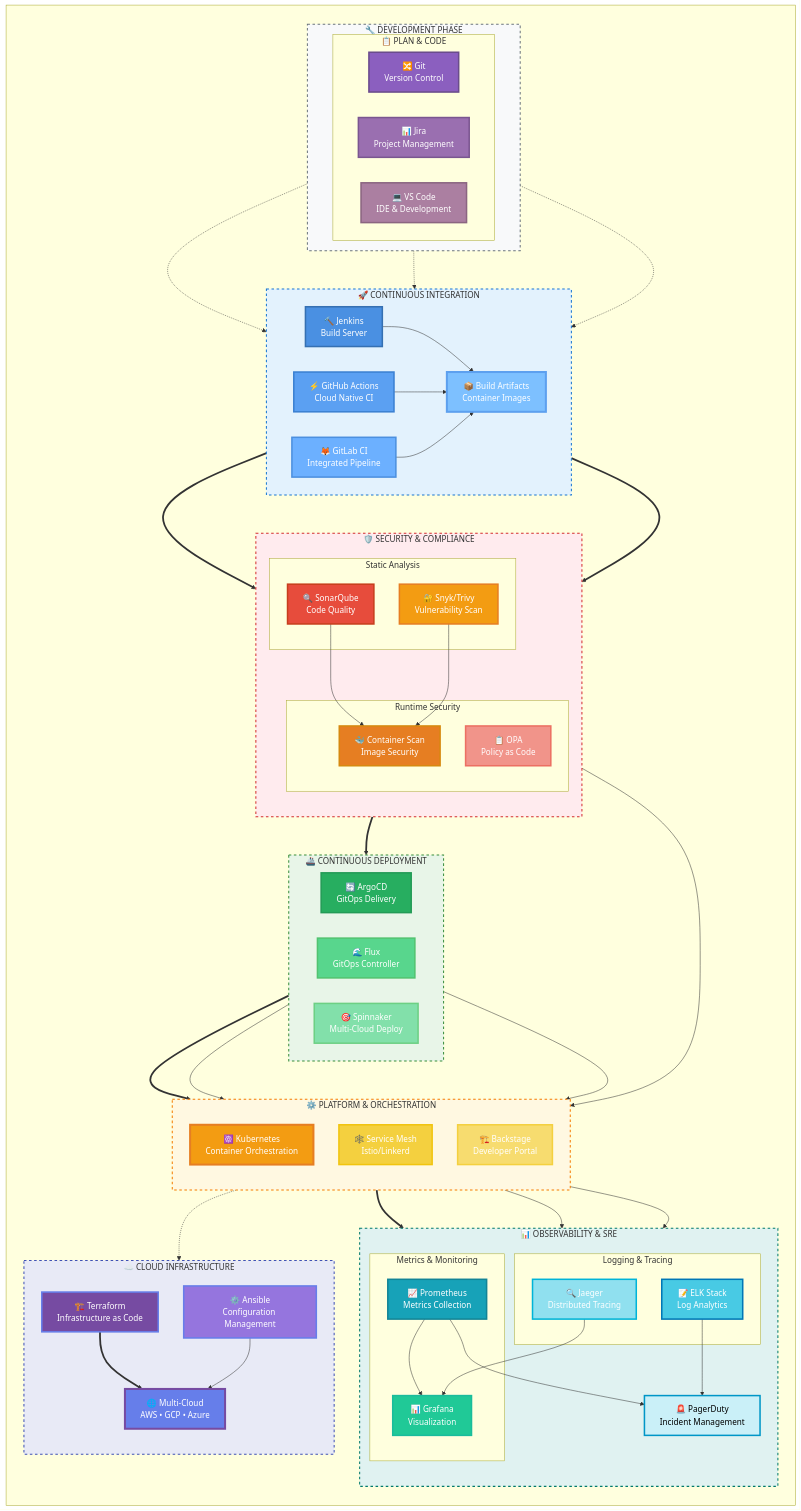
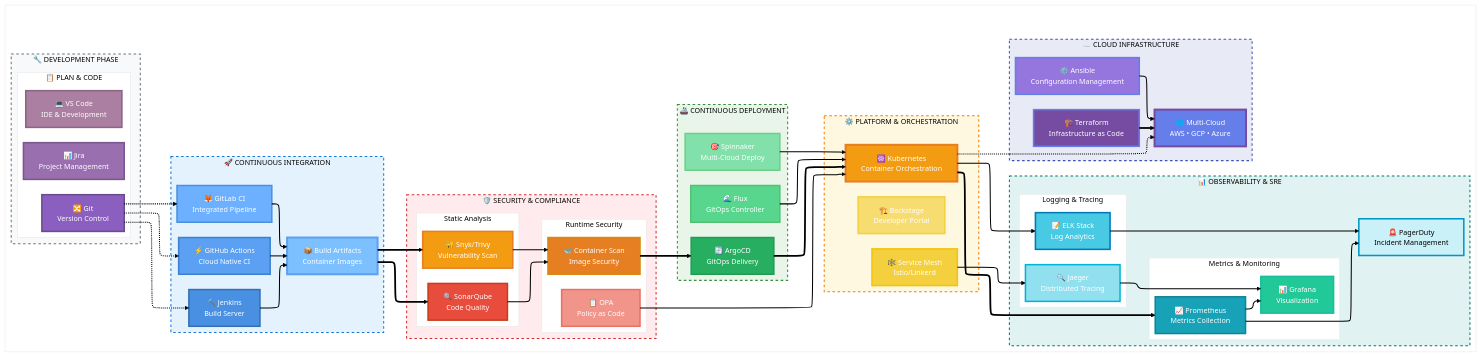
The diagram in README.md (Krishna4K2/Krishna4K2), drawn with Mermaid before and after one commit.

````diff
--- a/README.md
+++ b/README.md
@@ -81,147 +81,127 @@
 ```mermaid
-graph LR
-    subgraph main[" "]
-        direction TB
-        
-        subgraph dev["🔧 DEVELOPMENT PHASE"]
-            direction LR
-            subgraph plan["📋 PLAN & CODE"]
-                A1["🔀 Git<br/>Version Control"]
-                A2["📊 Jira<br/>Project Management"]
-                A3["💻 VS Code<br/>IDE & Development"]
-            end
-        end
-        
-        subgraph ci["🚀 CONTINUOUS INTEGRATION"]
-            direction LR
-            B1["🔨 Jenkins<br/>Build Server"]
-            B2["⚡ GitHub Actions<br/>Cloud Native CI"]
-            B3["🦊 GitLab CI<br/>Integrated Pipeline"]
-            B4["📦 Build Artifacts<br/>Container Images"]
-        end
-        
-        subgraph security["🛡️ SECURITY & COMPLIANCE"]
-            direction TB
-            subgraph sast["Static Analysis"]
-                C1["🔍 SonarQube<br/>Code Quality"]
-                C2["🔐 Snyk/Trivy<br/>Vulnerability Scan"]
-            end
-            subgraph runtime["Runtime Security"]
-                C3["🐳 Container Scan<br/>Image Security"]
-                C4["📋 OPA<br/>Policy as Code"]
-            end
-        end
-        
-        subgraph cd["🚢 CONTINUOUS DEPLOYMENT"]
-            direction LR
-            D1["🔄 ArgoCD<br/>GitOps Delivery"]
-            D2["🌊 Flux<br/>GitOps Controller"]
-            D3["🎯 Spinnaker<br/>Multi-Cloud Deploy"]
-        end
-        
-        subgraph platform["⚙️ PLATFORM & ORCHESTRATION"]
-            direction TB
-            P1["☸️ Kubernetes<br/>Container Orchestration"]
-            P2["🕸️ Service Mesh<br/>Istio/Linkerd"]
-            P3["🏗️ Backstage<br/>Developer Portal"]
-        end
-        
-        subgraph monitoring["📊 OBSERVABILITY & SRE"]
-            direction TB
-            subgraph metrics["Metrics & Monitoring"]
-                E1["📈 Prometheus<br/>Metrics Collection"]
-                E2["📊 Grafana<br/>Visualization"]
-            end
-            subgraph logging["Logging & Tracing"]
-                E3["📝 ELK Stack<br/>Log Analytics"]
-                E4["🔍 Jaeger<br/>Distributed Tracing"]
-            end
-            E5["🚨 PagerDuty<br/>Incident Management"]
-        end
-        
-        subgraph cloud["☁️ CLOUD INFRASTRUCTURE"]
-            direction TB
-            CL1["🌐 Multi-Cloud<br/>AWS • GCP • Azure"]
-            CL2["🏗️ Terraform<br/>Infrastructure as Code"]
-            CL3["⚙️ Ansible<br/>Configuration Management"]
-        end
-    end
-    
-    %% Enhanced Flow Connections
-    A1 -.-> B1
-    A1 -.-> B2  
-    A1 -.-> B3
-    
+---
+config:
+  layout: elk
+  theme: neo
+---
+flowchart LR
+ subgraph plan["📋 PLAN & CODE"]
+        A1["🔀 Git<br>Version Control"]
+        A2["📊 Jira<br>Project Management"]
+        A3["💻 VS Code<br>IDE &amp; Development"]
+  end
+ subgraph dev["🔧 DEVELOPMENT PHASE"]
+    direction LR
+        plan
+  end
+ subgraph ci["🚀 CONTINUOUS INTEGRATION"]
+    direction LR
+        B1["🔨 Jenkins<br>Build Server"]
+        B2["⚡ GitHub Actions<br>Cloud Native CI"]
+        B3["🦊 GitLab CI<br>Integrated Pipeline"]
+        B4["📦 Build Artifacts<br>Container Images"]
+  end
+ subgraph sast["Static Analysis"]
+        C1["🔍 SonarQube<br>Code Quality"]
+        C2["🔐 Snyk/Trivy<br>Vulnerability Scan"]
+  end
+ subgraph runtime["Runtime Security"]
+        C3["🐳 Container Scan<br>Image Security"]
+        C4["📋 OPA<br>Policy as Code"]
+  end
+ subgraph security["🛡️ SECURITY & COMPLIANCE"]
+    direction TB
+        sast
+        runtime
+  end
+ subgraph cd["🚢 CONTINUOUS DEPLOYMENT"]
+    direction LR
+        D1["🔄 ArgoCD<br>GitOps Delivery"]
+        D2["🌊 Flux<br>GitOps Controller"]
+        D3["🎯 Spinnaker<br>Multi-Cloud Deploy"]
+  end
+ subgraph platform["⚙️ PLATFORM & ORCHESTRATION"]
+    direction TB
+        P1["☸️ Kubernetes<br>Container Orchestration"]
+        P2["🕸️ Service Mesh<br>Istio/Linkerd"]
+        P3["🏗️ Backstage<br>Developer Portal"]
+  end
+ subgraph metrics["Metrics & Monitoring"]
+        E1["📈 Prometheus<br>Metrics Collection"]
+        E2["📊 Grafana<br>Visualization"]
+  end
+ subgraph logging["Logging & Tracing"]
+        E3["📝 ELK Stack<br>Log Analytics"]
+        E4["🔍 Jaeger<br>Distributed Tracing"]
+  end
+ subgraph monitoring["📊 OBSERVABILITY & SRE"]
+    direction TB
+        metrics
+        logging
+        E5["🚨 PagerDuty<br>Incident Management"]
+  end
+ subgraph cloud["☁️ CLOUD INFRASTRUCTURE"]
+    direction TB
+        CL1["🌐 Multi-Cloud<br>AWS • GCP • Azure"]
+        CL2["🏗️ Terraform<br>Infrastructure as Code"]
+        CL3["⚙️ Ansible<br>Configuration Management"]
+  end
+ subgraph main[" "]
+    direction LR
+        dev
+        ci
+        security
+        cd
+        platform
+        monitoring
+        cloud
+  end
+    A1 -.-> B1 & B2 & B3
     B1 --> B4
     B2 --> B4
     B3 --> B4
-    
-    B4 ==> C1
-    B4 ==> C2
+    B4 ==> C1 & C2
     C1 --> C3
     C2 --> C3
-    
     C3 ==> D1
     C4 --> P1
-    
     D1 ==> P1
     D2 --> P1
     D3 --> P1
-    
     P1 ==> E1
     P1 --> E3
     P2 --> E4
-    
-    E1 --> E2
-    E1 --> E5
+    E1 --> E2 & E5
     E3 --> E5
     E4 --> E2
-    
     CL2 ==> CL1
     CL3 --> CL1
     P1 -.-> CL1
-    
-    %% Modern Styling with Better Color Scheme
-    %% Development Phase - Purple Theme
     style A1 fill:#8B5FBF,stroke:#6A4C8C,stroke-width:3px,color:#fff
     style A2 fill:#9A6FB0,stroke:#7A5690,stroke-width:3px,color:#fff
     style A3 fill:#AB7FA1,stroke:#8B6581,stroke-width:3px,color:#fff
-    
-    %% CI Phase - Blue Theme
     style B1 fill:#4A90E2,stroke:#3570B2,stroke-width:3px,color:#fff
     style B2 fill:#5BA0F2,stroke:#3B80D2,stroke-width:3px,color:#fff
     style B3 fill:#6CB0FF,stroke:#4C90DF,stroke-width:3px,color:#fff
     style B4 fill:#7DC0FF,stroke:#5DA0EF,stroke-width:4px,color:#fff
-    
-    %% Security Phase - Red/Orange Theme
     style C1 fill:#E74C3C,stroke:#C73E1D,stroke-width:3px,color:#fff
     style C2 fill:#F39C12,stroke:#E67E22,stroke-width:3px,color:#fff
     style C3 fill:#E67E22,stroke:#D68910,stroke-width:3px,color:#fff
     style C4 fill:#F1948A,stroke:#EC7063,stroke-width:3px,color:#fff
-    
-    %% CD Phase - Green Theme
     style D1 fill:#27AE60,stroke:#239B56,stroke-width:3px,color:#fff
     style D2 fill:#58D68D,stroke:#52C370,stroke-width:3px,color:#fff
     style D3 fill:#82E0AA,stroke:#6DD084,stroke-width:3px,color:#fff
-    
-    %% Platform Phase - Yellow/Gold Theme
     style P1 fill:#F39C12,stroke:#E67E22,stroke-width:4px,color:#fff
     style P2 fill:#F4D03F,stroke:#F1C40F,stroke-width:3px,color:#fff
     style P3 fill:#F7DC6F,stroke:#F4D03F,stroke-width:3px,color:#fff
-    
-    %% Monitoring Phase - Teal Theme
     style E1 fill:#17A2B8,stroke:#138496,stroke-width:3px,color:#fff
     style E2 fill:#20C997,stroke:#1ABC9C,stroke-width:3px,color:#fff
     style E3 fill:#48CAE4,stroke:#0077B6,stroke-width:3px,color:#fff
     style E4 fill:#90E0EF,stroke:#00B4D8,stroke-width:3px,color:#fff
     style E5 fill:#CAF0F8,stroke:#0096C7,stroke-width:3px,color:#000
-    
-    %% Cloud Phase - Gradient Blue Theme
     style CL1 fill:#667EEA,stroke:#764BA2,stroke-width:4px,color:#fff
     style CL2 fill:#764BA2,stroke:#667EEA,stroke-width:3px,color:#fff
     style CL3 fill:#9575DE,stroke:#667EEA,stroke-width:3px,color:#fff
-    
-    %% Section Styling
     style dev fill:#F8F9FA,stroke:#6C757D,stroke-width:2px,stroke-dasharray: 5 5
     style ci fill:#E3F2FD,stroke:#1976D2,stroke-width:2px,stroke-dasharray: 5 5
     style security fill:#FFEBEE,stroke:#D32F2F,stroke-width:2px,stroke-dasharray: 5 5
````
